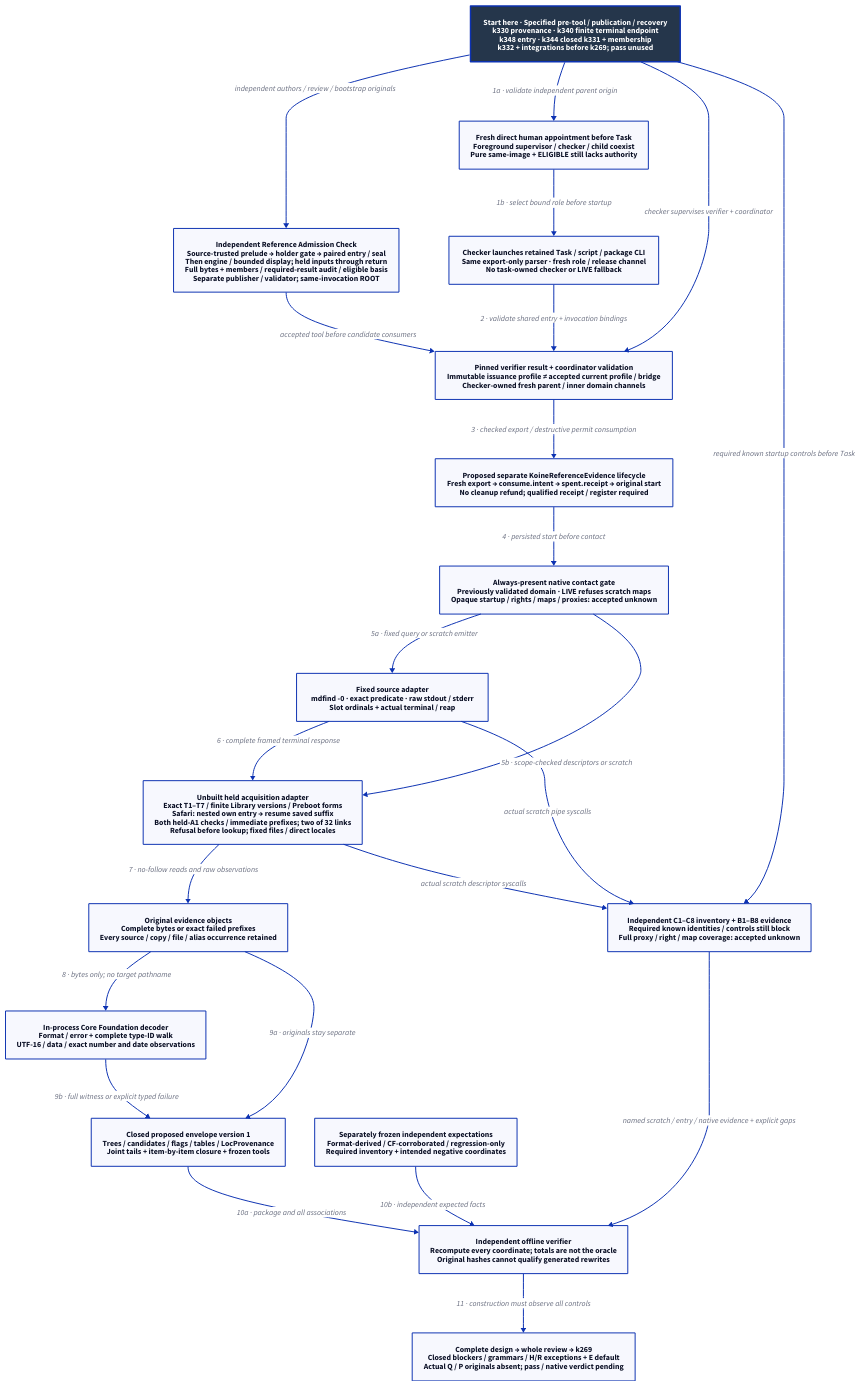
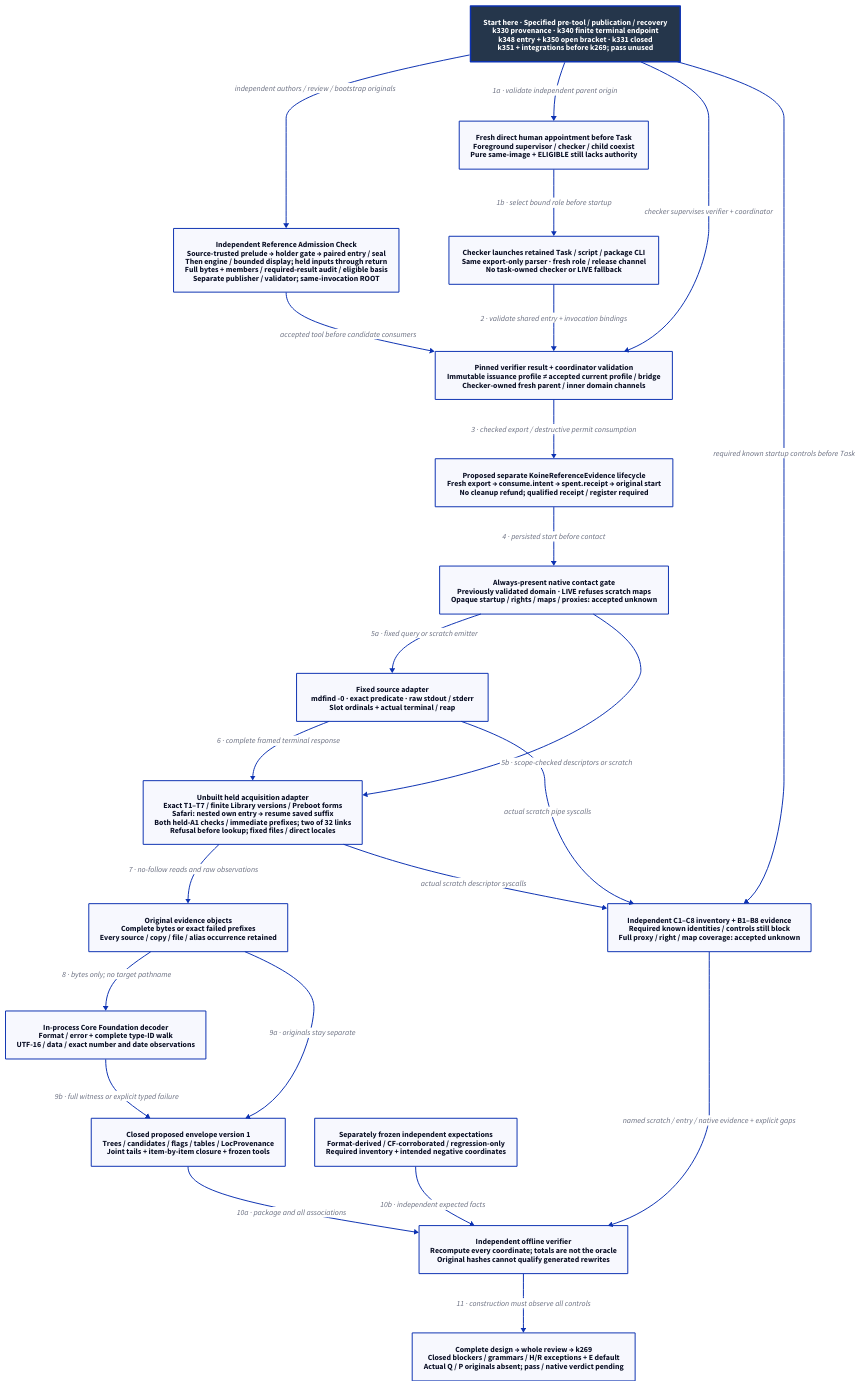
The diagram in docs/design/architecture/native-reference-instrument.d2 (Linkuistics/Koine), drawn with D2 before and after one commit. The commit also changed 30 other files, not shown here.

First line of the commit message:
Specify selection within an open inter-checkpoint bracket (reference-evidence-open-bracket-selection-k350)

```diff
--- a/docs/design/architecture/native-reference-instrument.d2
+++ b/docs/design/architecture/native-reference-instrument.d2
@@ -1,43 +1,43 @@
-# K344 closed k331 with new whole membership; k332 review and integrations precede use.
+# K350 open-bracket selection and membership; k351 review and integrations precede use.
 direction: down
 classes: {
   start: {style: {fill: "#25364B"; font-color: "#FFFFFF"; bold: true; stroke-width: 3}}
 }
-Start: "Start here · Specified pre-tool / publication / recovery\nk330 provenance · k340 finite terminal endpoint\nk348 entry · k344 closed k331 + membership\nk332 + integrations before k269; pass unused" {class: start}
+Start: "Start here · Specified pre-tool / publication / recovery\nk330 provenance · k340 finite terminal endpoint\nk348 entry + k350 open bracket · k331 closed\nk351 + integrations before k269; pass unused" {class: start}
 Role: "Fresh direct human appointment before Task\nForeground supervisor / checker / child coexist\nPure same-image + ELIGIBLE still lacks authority"
 Task: "Checker launches retained Task / script / package CLI\nSame export-only parser · fresh role / release channel\nNo task-owned checker or LIVE fallback"
 Admission: "Pinned verifier result + coordinator validation\nImmutable issuance profile ≠ accepted current profile / bridge\nChecker-owned fresh parent / inner domain channels"
 Authority: "Proposed separate KoineReferenceEvidence lifecycle\nFresh export → consume.intent → spent.receipt → original start\nNo cleanup refund; qualified receipt / register required"
 Gate: "Always-present native contact gate\nPreviously validated domain · LIVE refuses scratch maps\nOpaque startup / rights / maps / proxies: accepted unknown"
 Source: "Fixed source adapter\nmdfind -0 · exact predicate · raw stdout / stderr\nSlot ordinals + actual terminal / reap"
 Held: "Unbuilt held acquisition adapter\nExact T1–T7 / finite Library versions / Preboot forms\nSafari: nested own entry → resume saved suffix\nBoth held-A1 checks / immediate prefixes; two of 32 links\nRefusal before lookup; fixed files / direct locales"
 Objects: "Original evidence objects\nComplete bytes or exact failed prefixes\nEvery source / copy / file / alias occurrence retained"
 Decoder: "In-process Core Foundation decoder\nFormat / error + complete type-ID walk\nUTF-16 / data / exact number and date observations"
 Envelope: "Closed proposed envelope version 1\nTrees / candidates / flags / tables / LocProvenance\nJoint tails + item-by-item closure + frozen tools"
 Oracle: "Separately frozen independent expectations\nFormat-derived / CF-corroborated / regression-only\nRequired inventory + intended negative coordinates"
 Observer: "Independent C1–C8 inventory + B1–B8 evidence\nRequired known identities / controls still block\nFull proxy / right / map coverage: accepted unknown"
 Verifier: "Independent offline verifier\nRecompute every coordinate; totals are not the oracle\nOriginal hashes cannot qualify generated rewrites"
 Boundary: "Complete design → whole review → k269\nClosed blockers / grammars / H/R exceptions + E default\nActual Q / P originals absent; pass / native verdict pending"
 Compare: "Independent Reference Admission Check\nSource-trusted prelude → holder gate → paired entry / seal\nThen engine / bounded display; held inputs through return\nFull bytes + members / required-result audit / eligible basis\nSeparate publisher / validator; same-invocation ROOT"
 Compare -> Admission: "accepted tool before candidate consumers"
 Start -> Compare: "independent authors / review / bootstrap originals"
 Start -> Role: "1a · validate independent parent origin"
 Role -> Task: "1b · select bound role before startup"
 Start -> Admission: "checker supervises verifier + coordinator"
 Start -> Observer: "required known startup controls before Task"
 Task -> Admission: "2 · validate shared entry + invocation bindings"
 Admission -> Authority: "3 · checked export / destructive permit consumption"
 Authority -> Gate: "4 · persisted start before contact"
 Gate -> Source: "5a · fixed query or scratch emitter"
 Gate -> Held: "5b · scope-checked descriptors or scratch"
 Source -> Held: "6 · complete framed terminal response"
 Held -> Objects: "7 · no-follow reads and raw observations"
 Objects -> Decoder: "8 · bytes only; no target pathname"
 Objects -> Envelope: "9a · originals stay separate"
 Decoder -> Envelope: "9b · full witness or explicit typed failure"
 Envelope -> Verifier: "10a · package and all associations"
 Oracle -> Verifier: "10b · independent expected facts"
 Source -> Observer: "actual scratch pipe syscalls"
 Held -> Observer: "actual scratch descriptor syscalls"
 Observer -> Verifier: "named scratch / entry / native evidence + explicit gaps"
 Verifier -> Boundary: "11 · construction must observe all controls"
```
